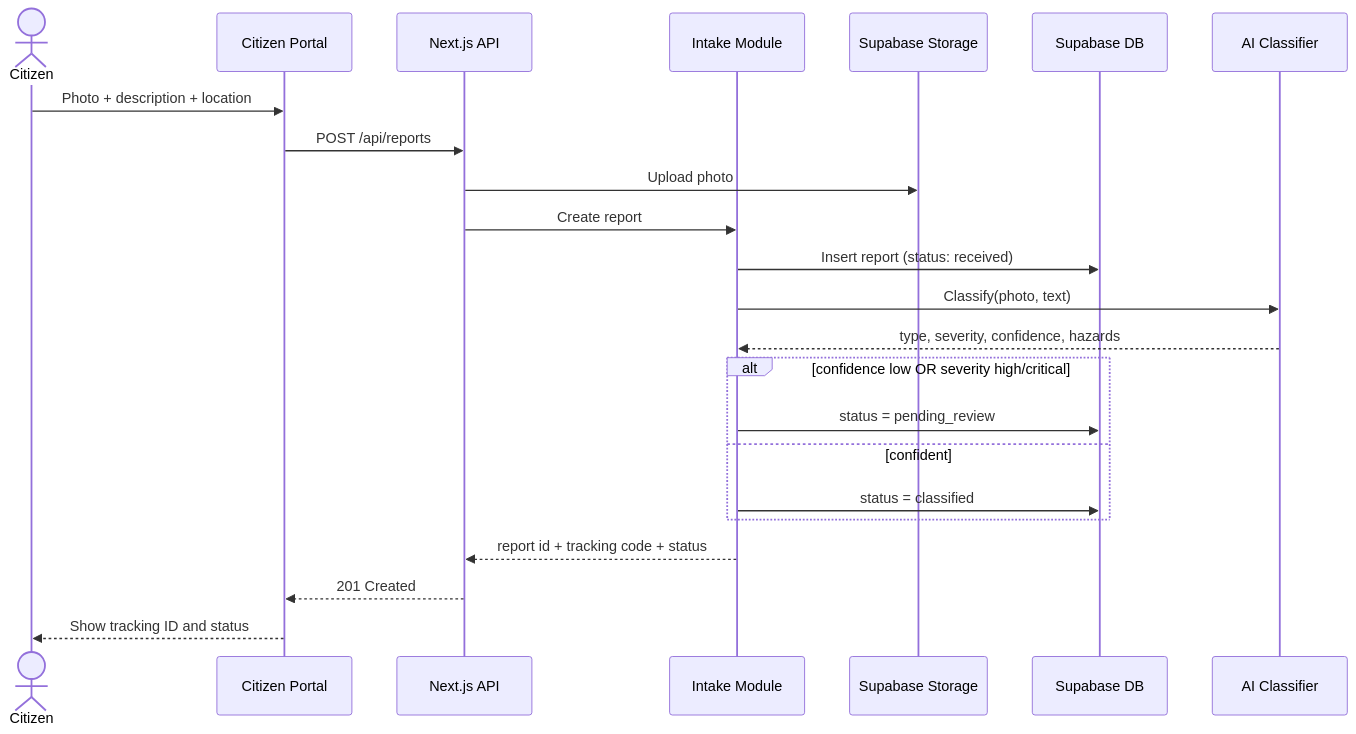
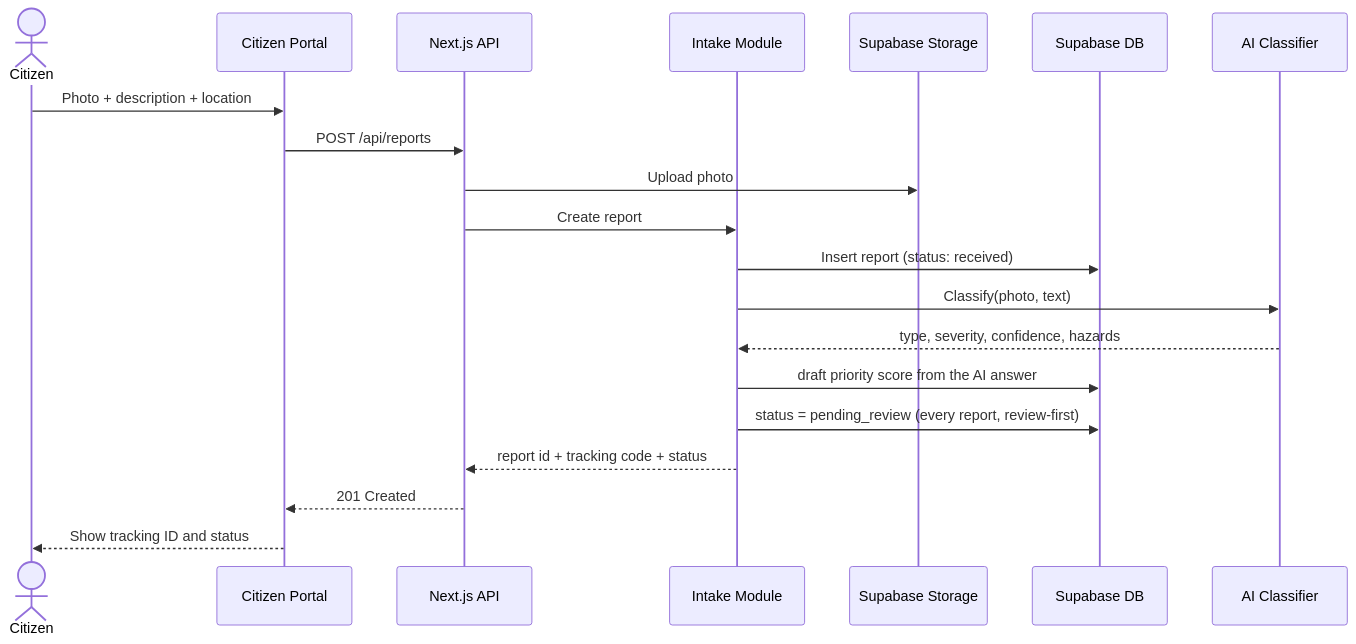
One commit to helidastar/SAGIP-AI changed the fourth of 8 diagrams in docs/DOCUMENTATION.md. Above: the diagram before and after it, drawn with Mermaid. The commit also changed other lines of this file and 13 other files, not shown here.

Commit message:
feat(review): every report goes to a person first with an AI draft and draft priority score

````diff
--- a/docs/DOCUMENTATION.md
+++ b/docs/DOCUMENTATION.md
@@ -332,26 +350,23 @@
 ```mermaid
 sequenceDiagram
     actor Citizen
     participant UI as Citizen Portal
     participant API as Next.js API
     participant IN as Intake Module
     participant ST as Supabase Storage
     participant DB as Supabase DB
     participant AI as AI Classifier
 
     Citizen->>UI: Photo + description + location
     UI->>API: POST /api/reports
     API->>ST: Upload photo
     API->>IN: Create report
     IN->>DB: Insert report (status: received)
     IN->>AI: Classify(photo, text)
     AI-->>IN: type, severity, confidence, hazards
-    alt confidence low OR severity high/critical
-        IN->>DB: status = pending_review
-    else confident
-        IN->>DB: status = classified
-    end
+    IN->>DB: draft priority score from the AI answer
+    IN->>DB: status = pending_review (every report, review-first)
     IN-->>API: report id + tracking code + status
     API-->>UI: 201 Created
     UI-->>Citizen: Show tracking ID and status
 ```
````
